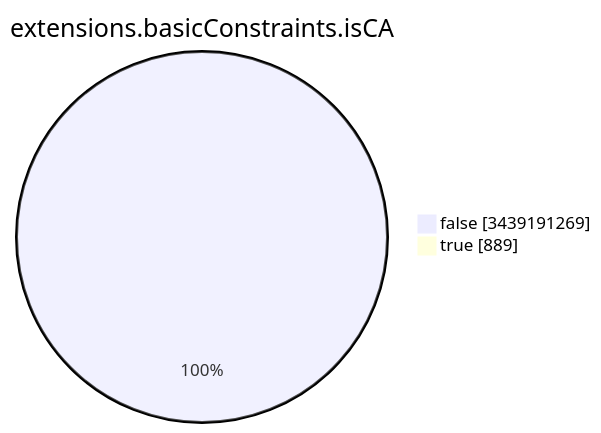
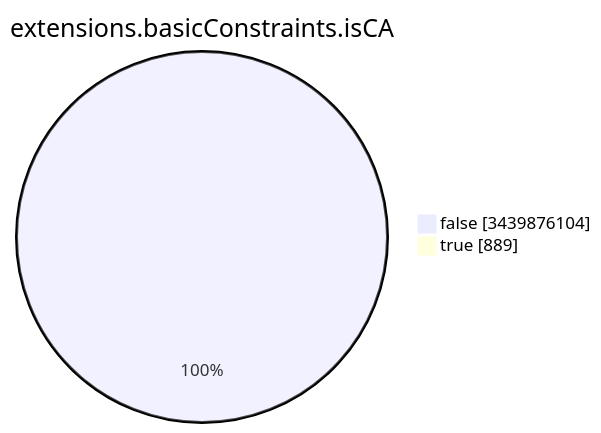
One commit to christiankrug/ctmonitor_visualization changed the seventh of 15 diagrams in TOTAL/README.md. Above: the diagram before and after it, drawn with Mermaid. The commit also changed other lines of this file, not shown here.

````diff
--- a/TOTAL/README.md
+++ b/TOTAL/README.md
@@ -3092,6 +3092,6 @@
 ```mermaid
 pie showData
 title extensions.basicConstraints.isCA
-"false" :3439191269
+"false" :3439876104
 "true" :889
 ```
````
